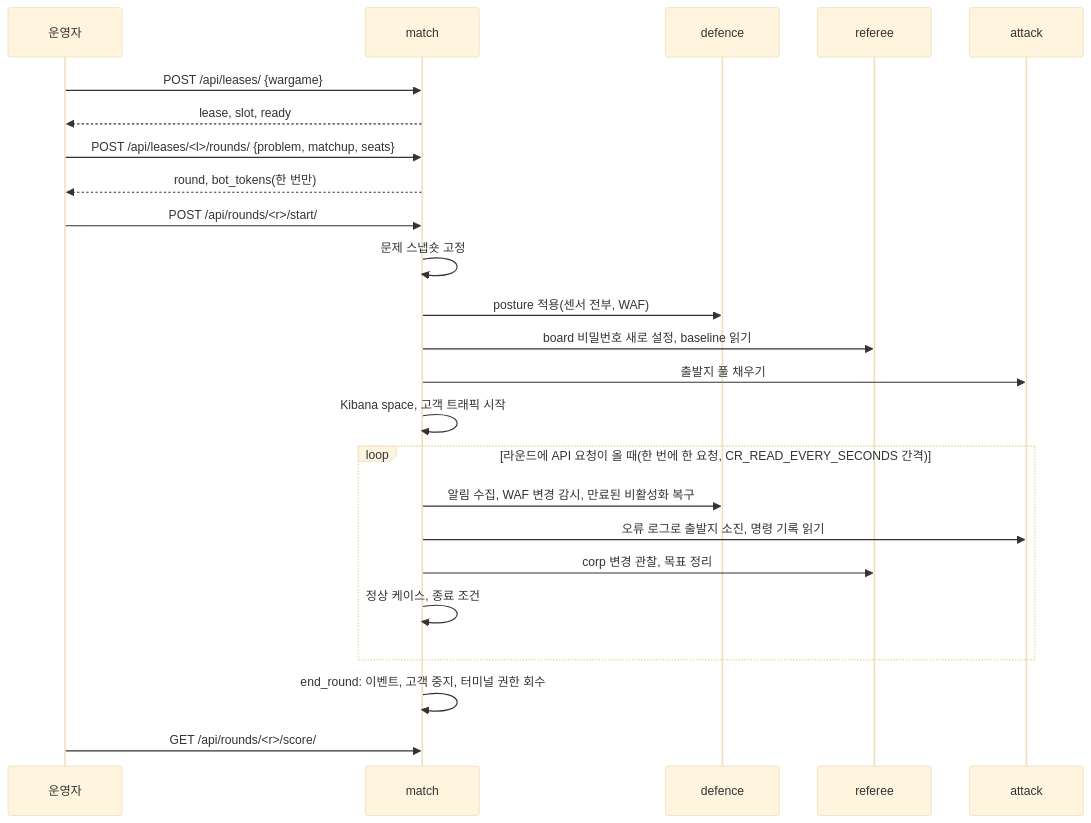
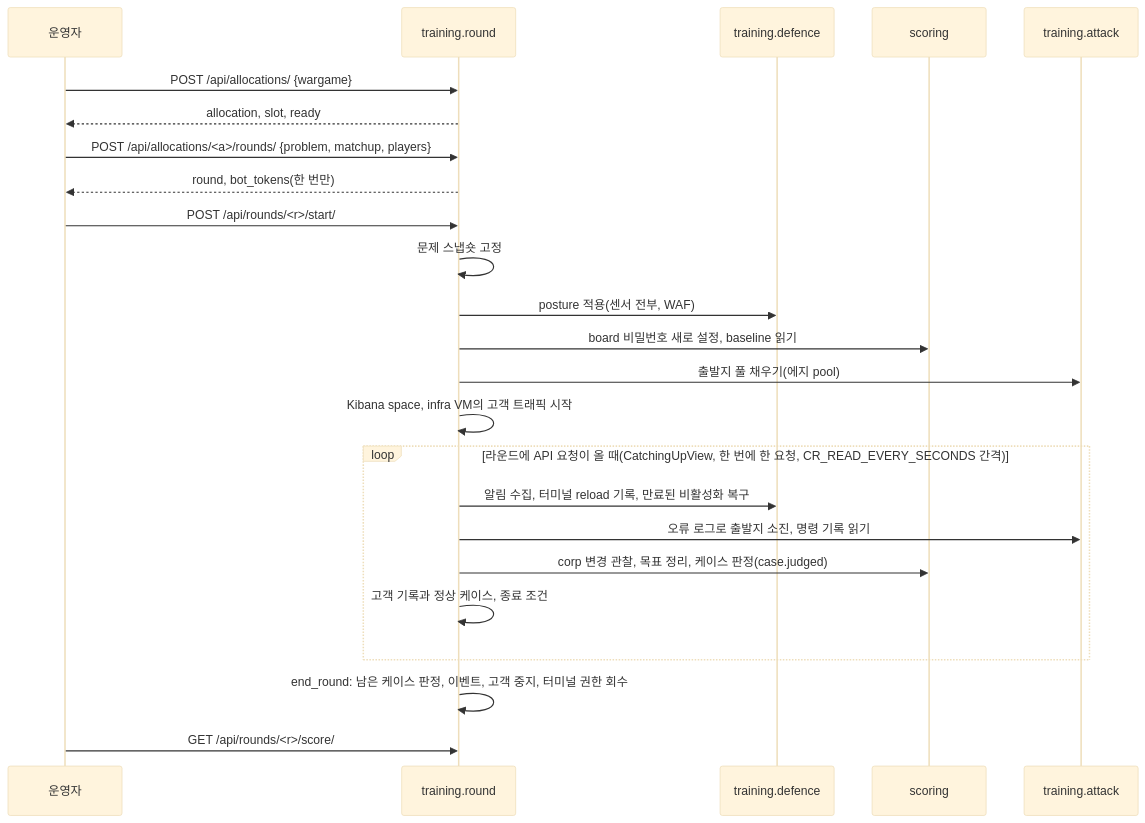
The diagram in docs/ARCHITECTURE.md (Nekonic/fsl-project-mvp), drawn with Mermaid (base theme) before and after one commit. The commit also changed other lines of this file and 5 other files, not shown here.

````diff
--- a/docs/ARCHITECTURE.md
+++ b/docs/ARCHITECTURE.md
@@ -200,26 +249,26 @@
 ```mermaid
 sequenceDiagram
   participant O as 운영자
-  participant M as match
-  participant D as defence
-  participant R as referee
-  participant A as attack
-  O->>M: POST /api/leases/ {wargame}
-  M-->>O: lease, slot, ready
-  O->>M: POST /api/leases/<l>/rounds/ {problem, matchup, seats}
-  M-->>O: round, bot_tokens(한 번만)
-  O->>M: POST /api/rounds/<r>/start/
-  M->>M: 문제 스냅숏 고정
-  M->>D: posture 적용(센서 전부, WAF)
-  M->>R: board 비밀번호 새로 설정, baseline 읽기
-  M->>A: 출발지 풀 채우기
-  M->>M: Kibana space, 고객 트래픽 시작
-  loop 라운드에 API 요청이 올 때(한 번에 한 요청, CR_READ_EVERY_SECONDS 간격)
-    M->>D: 알림 수집, WAF 변경 감시, 만료된 비활성화 복구
-    M->>A: 오류 로그로 출발지 소진, 명령 기록 읽기
-    M->>R: corp 변경 관찰, 목표 정리
-    M->>M: 정상 케이스, 종료 조건
+  participant R as training.round
+  participant D as training.defence
+  participant S as scoring
+  participant A as training.attack
+  O->>R: POST /api/allocations/ {wargame}
+  R-->>O: allocation, slot, ready
+  O->>R: POST /api/allocations/<a>/rounds/ {problem, matchup, players}
+  R-->>O: round, bot_tokens(한 번만)
+  O->>R: POST /api/rounds/<r>/start/
+  R->>R: 문제 스냅숏 고정
+  R->>D: posture 적용(센서 전부, WAF)
+  R->>S: board 비밀번호 새로 설정, baseline 읽기
+  R->>A: 출발지 풀 채우기(에지 pool)
+  R->>R: Kibana space, infra VM의 고객 트래픽 시작
+  loop 라운드에 API 요청이 올 때(CatchingUpView, 한 번에 한 요청, CR_READ_EVERY_SECONDS 간격)
+    R->>D: 알림 수집, 터미널 reload 기록, 만료된 비활성화 복구
+    R->>A: 오류 로그로 출발지 소진, 명령 기록 읽기
+    R->>S: corp 변경 관찰, 목표 정리, 케이스 판정(case.judged)
+    R->>R: 고객 기록과 정상 케이스, 종료 조건
   end
-  M->>M: end_round: 이벤트, 고객 중지, 터미널 권한 회수
-  O->>M: GET /api/rounds/<r>/score/
+  R->>R: end_round: 남은 케이스 판정, 이벤트, 고객 중지, 터미널 권한 회수
+  O->>R: GET /api/rounds/<r>/score/
 ```
````
